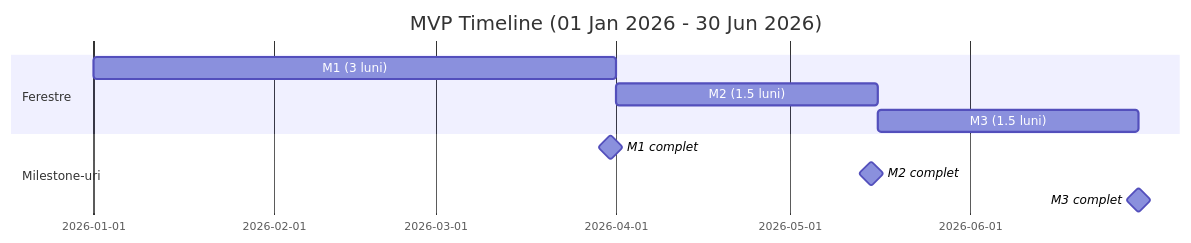
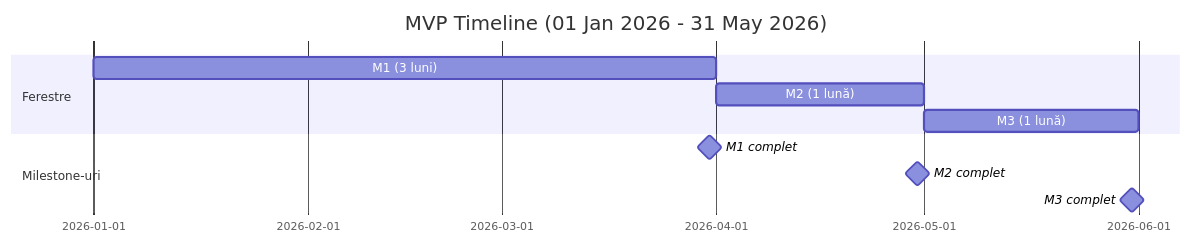
The diagram in 07-estimari-mvp.md (Novelty-SfW/novelty_ssm_docu), drawn with Mermaid before and after one commit. The commit also changed other lines of this file and 2 other files, not shown here.

````diff
--- a/07-estimari-mvp.md
+++ b/07-estimari-mvp.md
@@ -125,15 +146,15 @@
 ```mermaid
 gantt
-  title MVP Timeline (01 Jan 2026 - 30 Jun 2026)
+  title MVP Timeline (01 Jan 2026 - 31 May 2026)
   dateFormat YYYY-MM-DD
 
   section Ferestre
   M1 (3 luni)      : m1win, 2026-01-01, 90d
-  M2 (1.5 luni)    : m2win, 2026-04-01, 45d
-  M3 (1.5 luni)    : m3win, 2026-05-16, 45d
+  M2 (1 lună)      : m2win, 2026-04-01, 30d
+  M3 (1 lună)      : m3win, 2026-05-01, 31d
 
   section Milestone-uri
   M1 complet       : milestone, m1, 2026-03-31, 0d
-  M2 complet       : milestone, m2, 2026-05-15, 0d
-  M3 complet       : milestone, m3, 2026-06-30, 0d
+  M2 complet       : milestone, m2, 2026-04-30, 0d
+  M3 complet       : milestone, m3, 2026-05-31, 0d
 ```
````
